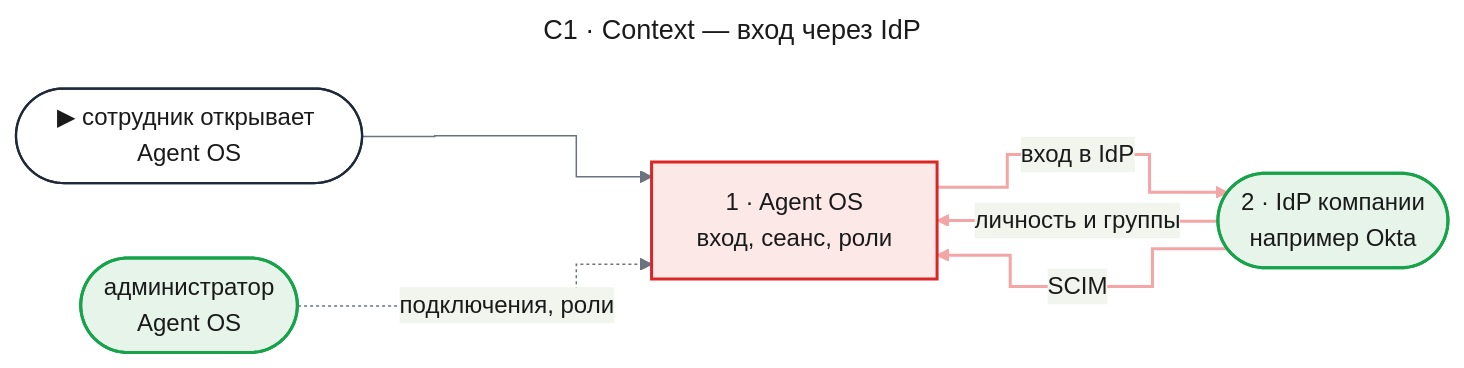
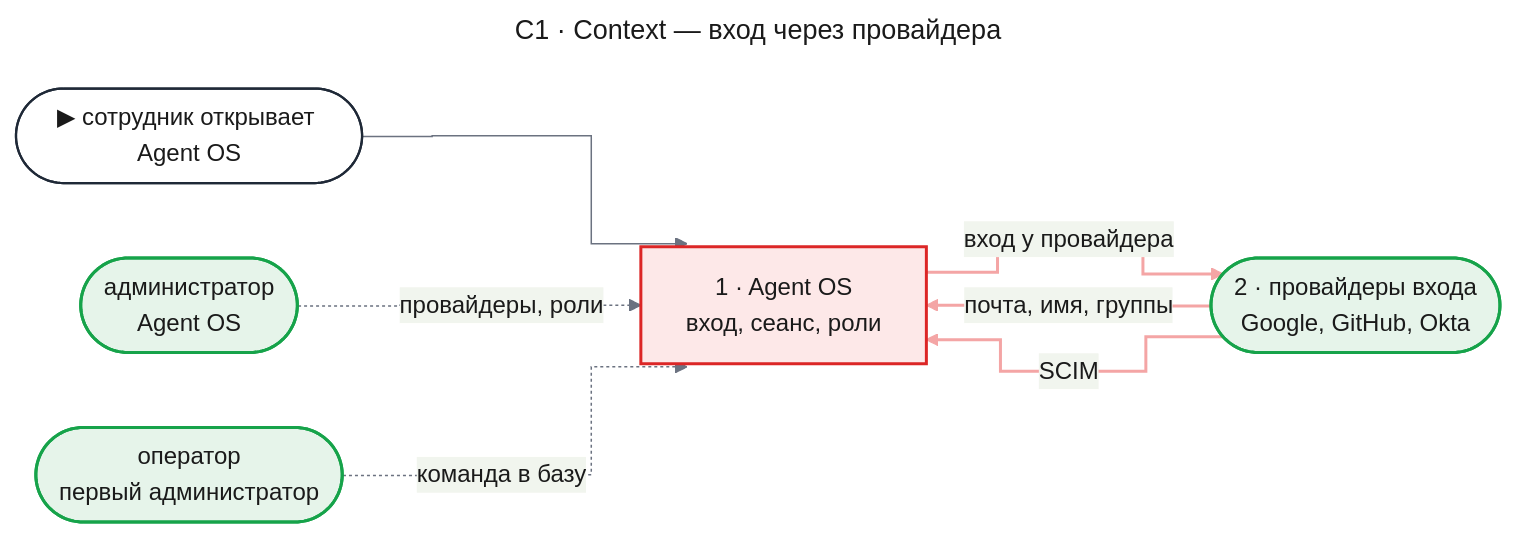
One commit to tundraray/agent-os changed the first of 10 diagrams in docs/features/enterprise-access/design-identity.md. Above: the diagram before and after it, drawn with Mermaid. The commit also changed other lines of this file and 4 other files, not shown here.

````diff
--- a/docs/features/enterprise-access/design-identity.md
+++ b/docs/features/enterprise-access/design-identity.md
@@ -220,40 +223,42 @@
 ```mermaid
 ---
-title: "C1 · Context — вход через IdP"
+title: "C1 · Context — вход через провайдера"
 config:
   theme: base
   look: classic
   themeVariables:
     primaryColor: "#eef1f5"
     primaryBorderColor: "#4b5563"
     primaryTextColor: "#1a1a1a"
     lineColor: "#6b7280"
   flowchart:
     curve: step
   themeCSS: |
     @keyframes lit_c1{0%,30%{stroke:#991b1b;stroke-width:6px}33.33%,100%{stroke:#f4a5a5;stroke-width:2px}}
 ---
 flowchart LR
     entry(["▶ сотрудник открывает Agent OS"])
     aos["1 · Agent OS<br/>вход, сеанс, роли"]
-    idp(["2 · IdP компании<br/>например Okta"])
+    idp(["2 · провайдеры входа<br/>Google, GitHub, Okta"])
+    oper(["оператор<br/>первый администратор"])
     admin(["администратор<br/>Agent OS"])
     entry --> aos
-    aos e1@-->|"вход в IdP"| idp
-    idp e2@-->|"личность и группы"| aos
+    aos e1@-->|"вход у провайдера"| idp
+    idp e2@-->|"почта, имя, группы"| aos
     idp e3@-->|"SCIM"| aos
-    admin -.->|"подключения, роли"| aos
+    admin -.->|"провайдеры, роли"| aos
+    oper -.->|"команда в базу"| aos
     classDef entry fill:#ffffff,stroke:#1f2937,stroke-width:1.5px,color:#1a1a1a
     classDef changed fill:#fde8e8,stroke:#dc2626,stroke-width:2px,color:#1a1a1a
     classDef new fill:#e6f4ea,stroke:#16a34a,stroke-width:2px,color:#1a1a1a
     classDef unchanged fill:#eef1f5,stroke:#4b5563,stroke-width:1.5px,color:#1a1a1a
     classDef w1 stroke:#f4a5a5,stroke-width:2px,animation:lit_c1 3.6s linear 0s infinite
     classDef w2 stroke:#f4a5a5,stroke-width:2px,animation:lit_c1 3.6s linear 1.2s infinite
     classDef w3 stroke:#f4a5a5,stroke-width:2px,animation:lit_c1 3.6s linear 2.4s infinite
     class entry entry
     class aos changed
-    class idp,admin new
+    class idp,admin,oper new
     class e1 w1
     class e2 w2
     class e3 w3
 ```
````
